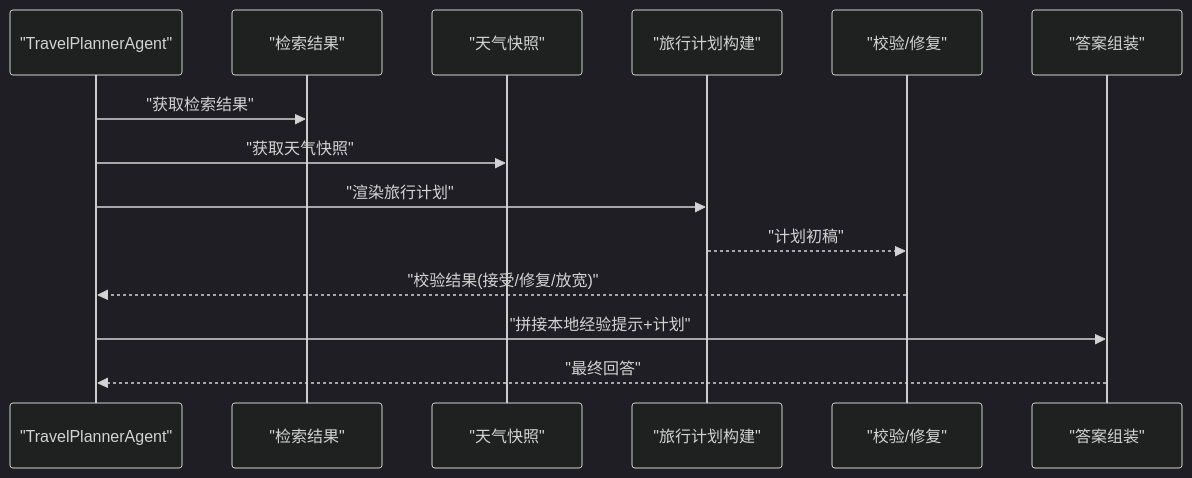
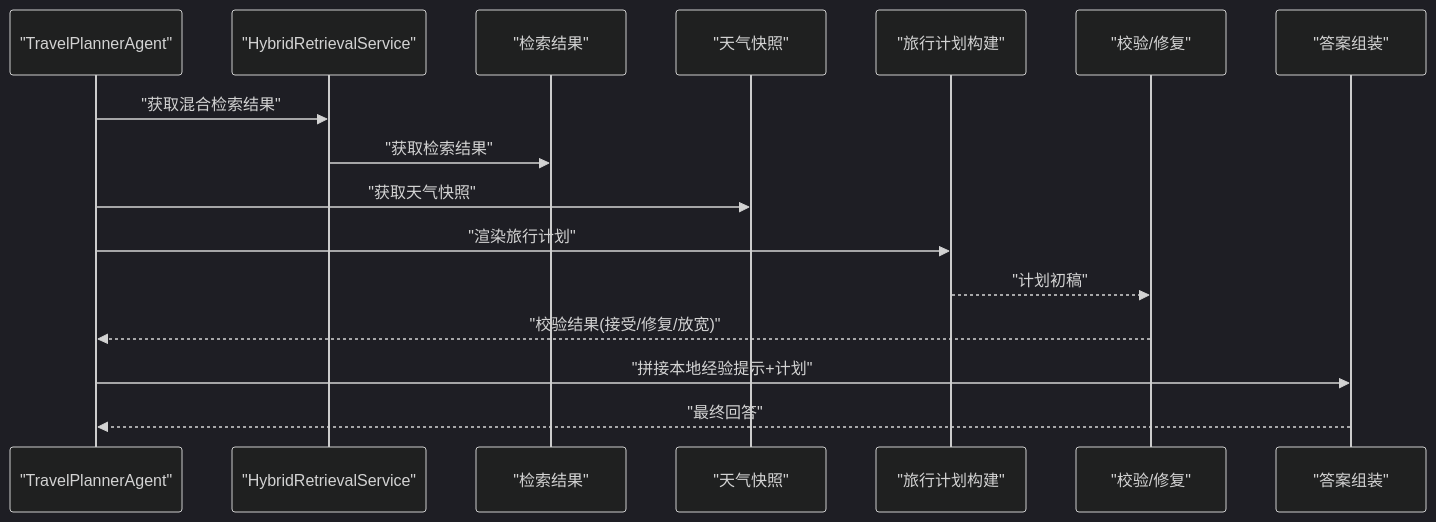
Before and after one commit to Sinlair/TravelAgent: the eighth of 9 diagrams in .qoder/repowiki/zh/content/知识管理系统/RAG实现细节.md, drawn with Mermaid (dark theme). The commit also changed other lines of this file and 53 other files, not shown here.

````diff
--- a/.qoder/repowiki/zh/content/知识管理系统/RAG实现细节.md
+++ b/.qoder/repowiki/zh/content/知识管理系统/RAG实现细节.md
@@ -299,16 +426,18 @@
 ```mermaid
 sequenceDiagram
 participant AG as "TravelPlannerAgent"
+participant HRS as "HybridRetrievalService"
 participant TK as "检索结果"
 participant WE as "天气快照"
 participant PB as "旅行计划构建"
 participant VA as "校验/修复"
 participant AN as "答案组装"
-AG->>TK : "获取检索结果"
+AG->>HRS : "获取混合检索结果"
+HRS->>TK : "获取检索结果"
 AG->>WE : "获取天气快照"
 AG->>PB : "渲染旅行计划"
 PB-->>VA : "计划初稿"
 VA-->>AG : "校验结果(接受/修复/放宽)"
 AG->>AN : "拼接本地经验提示+计划"
 AN-->>AG : "最终回答"
 ```
````
